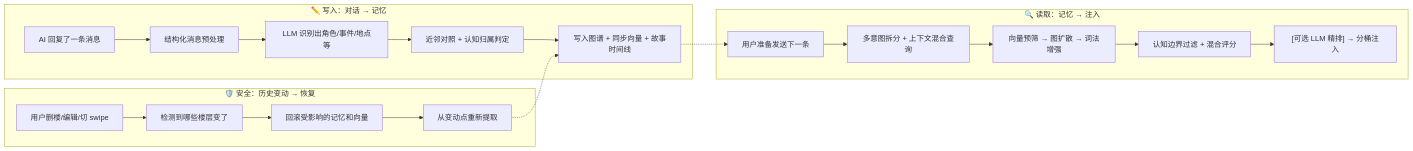
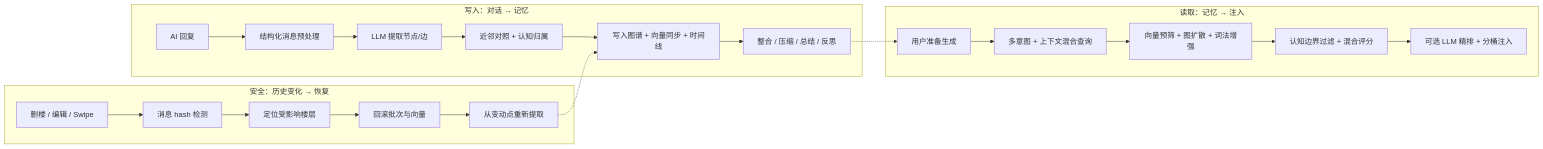
Before and after one commit to Youzini-afk/ST-Bionic-Memory-Ecology: the diagram in README.md, drawn with Mermaid. The commit also changed other lines of this file, not shown here.

````diff
--- a/README.md
+++ b/README.md
@@ -27,25 +83,27 @@
 ```mermaid
 flowchart LR
-    subgraph 写入["✏️ 写入：对话 → 记忆"]
-        A["AI 回复了一条消息"] --> B["结构化消息预处理"]
-        B --> C["LLM 识别出角色/事件/地点等"]
-        C --> D["近邻对照 + 认知归属判定"]
-        D --> E["写入图谱 + 同步向量 + 故事时间线"]
+    subgraph Write["写入：对话 → 记忆"]
+        A["AI 回复"] --> B["结构化消息预处理"]
+        B --> C["LLM 提取节点/边"]
+        C --> D["近邻对照 + 认知归属"]
+        D --> E["写入图谱 + 向量同步 + 时间线"]
+        E --> F["整合 / 压缩 / 总结 / 反思"]
     end
 
-    subgraph 读取["🔍 读取：记忆 → 注入"]
-        F["用户准备发送下一条"] --> G["多意图拆分 + 上下文混合查询"]
-        G --> H["向量预筛 → 图扩散 → 词法增强"]
-        H --> I["认知边界过滤 + 混合评分"]
-        I --> J["[可选 LLM 精排] → 分桶注入"]
+    subgraph Read["读取：记忆 → 注入"]
+        G["用户准备生成"] --> H["多意图 + 上下文混合查询"]
+        H --> I["向量预筛 + 图扩散 + 词法增强"]
+        I --> J["认知边界过滤 + 混合评分"]
+        J --> K["可选 LLM 精排 + 分桶注入"]
     end
 
-    subgraph 安全["🛡️ 安全：历史变动 → 恢复"]
-        K["用户删楼/编辑/切 swipe"] --> L["检测到哪些楼层变了"]
-        L --> M["回滚受影响的记忆和向量"]
-        M --> N["从变动点重新提取"]
+    subgraph Safe["安全：历史变化 → 恢复"]
+        L["删楼 / 编辑 / Swipe"] --> M["消息 hash 检测"]
+        M --> N["定位受影响楼层"]
+        N --> O["回滚批次与向量"]
+        O --> P["从变动点重新提取"]
     end
 
-    E -.-> F
-    N -.-> E
+    F -.-> G
+    P -.-> E
 ```
````
